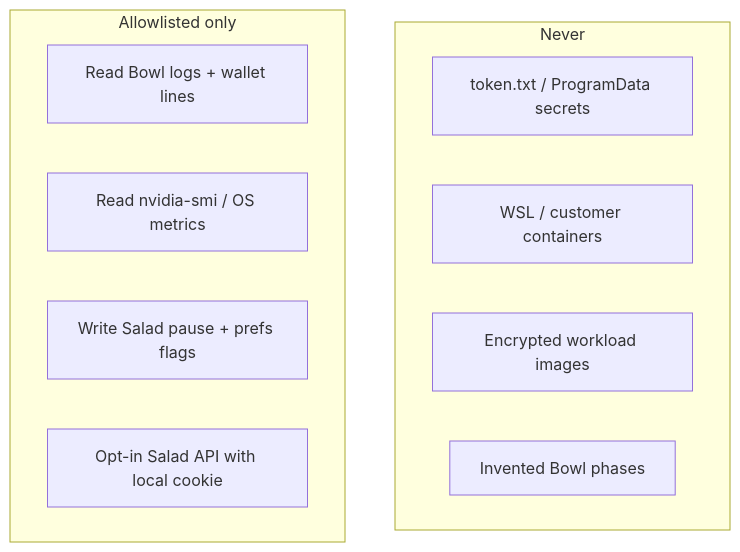
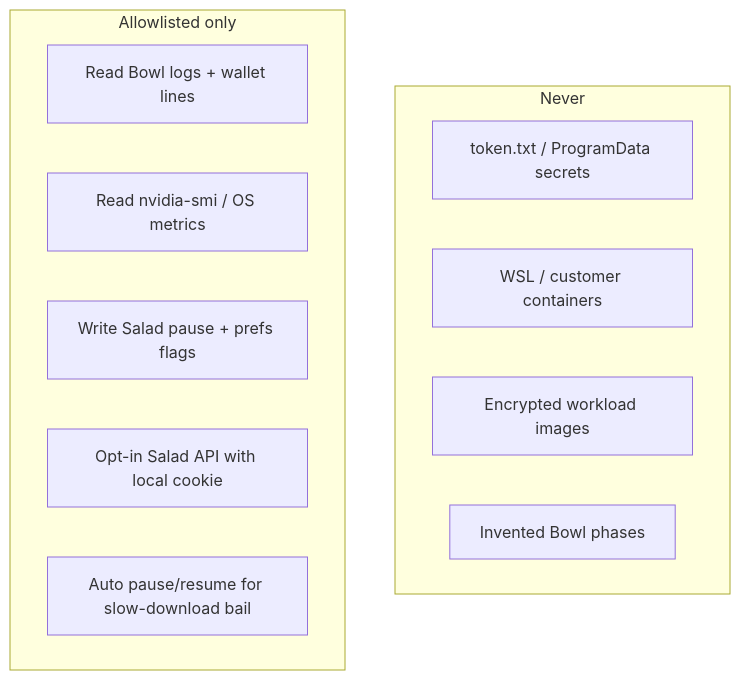
The ninth of 10 diagrams in docs/ARCHITECTURE.md (ejw427/ChopWatch), drawn with Mermaid before and after one commit. The commit also changed other lines of this file and 25 other files, not shown here.

````diff
--- a/docs/ARCHITECTURE.md
+++ b/docs/ARCHITECTURE.md
@@ -214,16 +229,17 @@
 ```mermaid
 flowchart TB
   subgraph never [Never]
     N1[token.txt / ProgramData secrets]
     N2[WSL / customer containers]
     N3[Encrypted workload images]
     N4[Invented Bowl phases]
   end
 
   subgraph allowed [Allowlisted only]
     A1[Read Bowl logs + wallet lines]
     A2[Read nvidia-smi / OS metrics]
     A3[Write Salad pause + prefs flags]
     A4[Opt-in Salad API with local cookie]
+    A5[Auto pause/resume for slow-download bail]
   end
 ```
````
